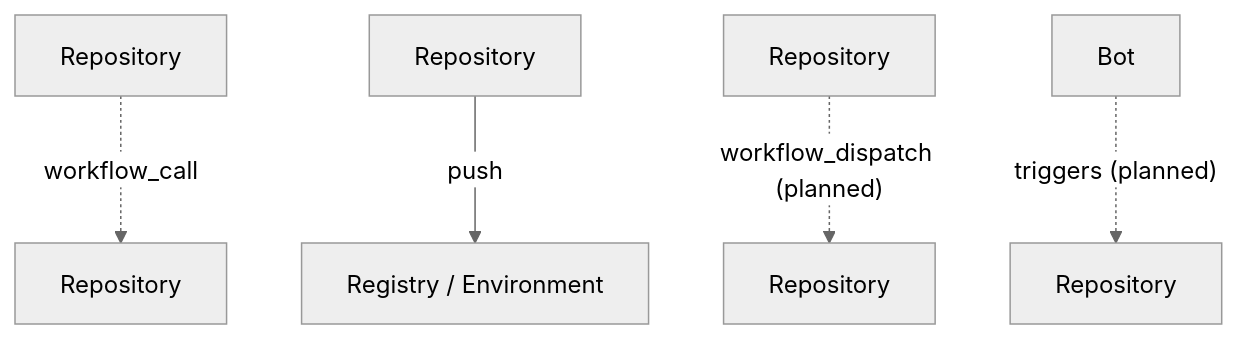
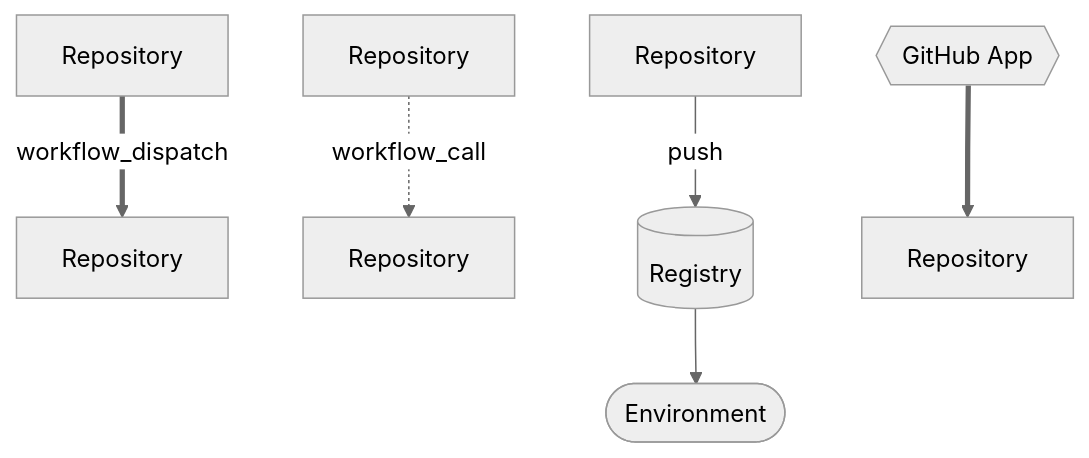
The first of 9 diagrams in posit-bakery/docs/cross-repo-workflows.qmd (posit-dev/images-shared), drawn with Mermaid (neutral theme) before and after one commit. The commit also changed other lines of this file and 1 other file, not shown here.

First line of the commit message:
Update cross-repo workflow diagrams

````diff
--- a/posit-bakery/docs/cross-repo-workflows.qmd
+++ b/posit-bakery/docs/cross-repo-workflows.qmd
@@ -21,8 +28,9 @@
 ```{mermaid}
 %%| fig-cap: "Legend"
 graph TD
-    A["Repository"] -.->|"workflow_call"| B["Repository"]
-    C["Repository"] -->|"push"| D["Registry / Environment"]
-    E["Repository"] -.->|"workflow_dispatch (planned)"| F["Repository"]
-    G["Bot"] -.->|"triggers (planned)"| H["Repository"]
+    A["Repository"] ==>|"workflow_dispatch"| B["Repository"]
+    C["Repository"] -.->|"workflow_call"| D["Repository"]
+    E["Repository"] -->|"push"| F[("Registry")]
+    F --> I(["Environment"])
+    G{{"GitHub App"}} ==> H["Repository"]
 ```
````
